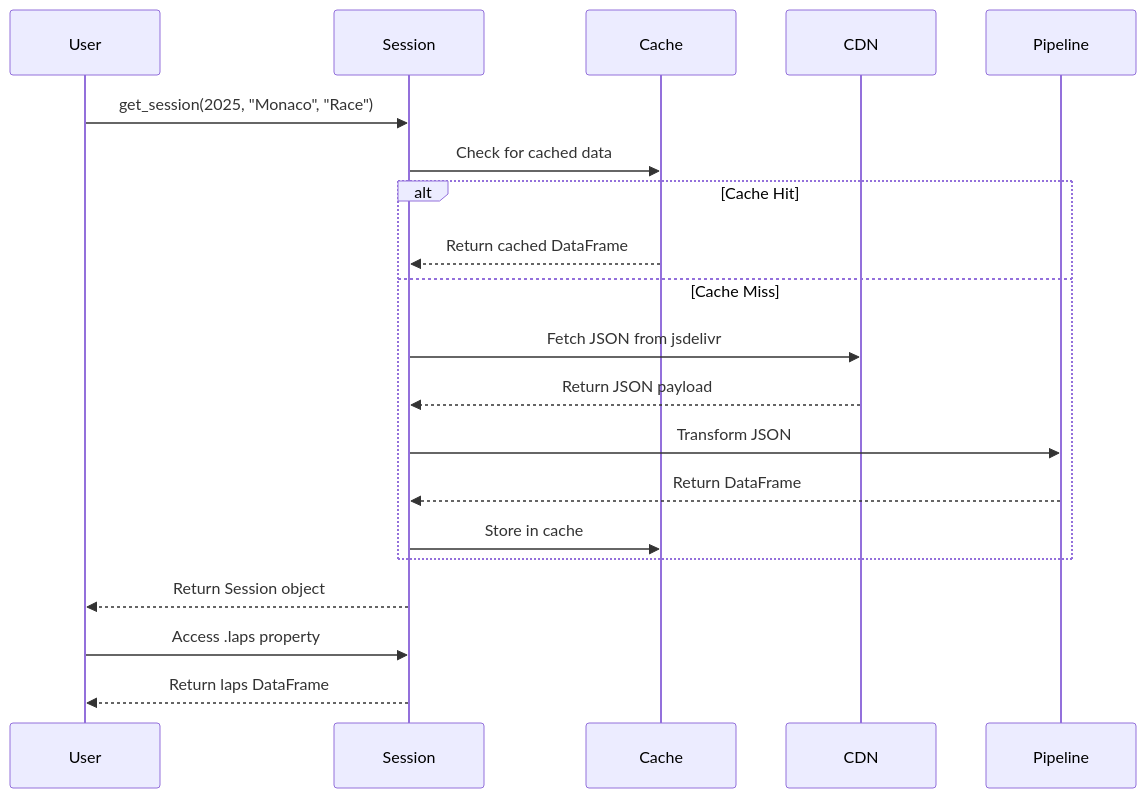
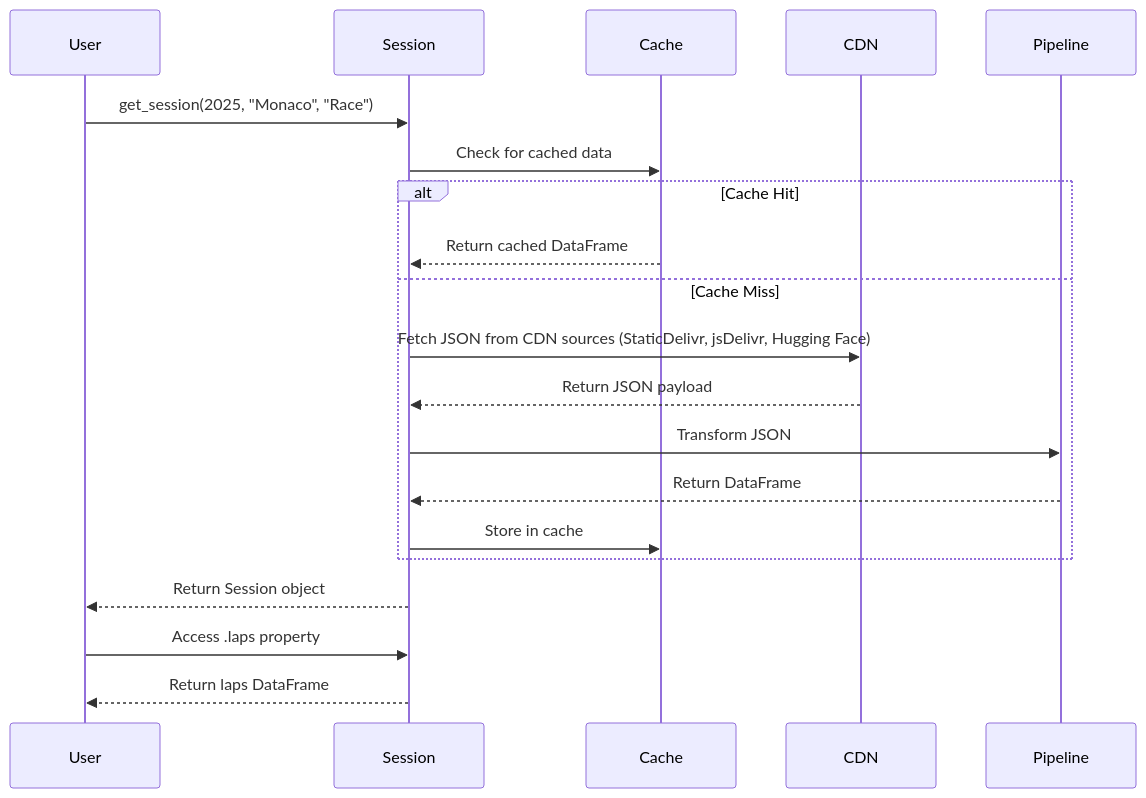
The second of 2 diagrams in docs/architecture.mdx (TracingInsights/tif1), drawn with Mermaid before and after one commit. The commit also changed other lines of this file and 64 other files, not shown here.

````diff
--- a/docs/architecture.mdx
+++ b/docs/architecture.mdx
@@ -49,23 +49,23 @@
 ```mermaid
 sequenceDiagram
     participant User
     participant Session
     participant Cache
     participant CDN
     participant Pipeline
 
     User->>Session: get_session(2025, "Monaco", "Race")
     Session->>Cache: Check for cached data
     alt Cache Hit
         Cache-->>Session: Return cached DataFrame
     else Cache Miss
-        Session->>CDN: Fetch JSON from jsdelivr
+        Session->>CDN: Fetch JSON from CDN sources (StaticDelivr, jsDelivr, Hugging Face)
         CDN-->>Session: Return JSON payload
         Session->>Pipeline: Transform JSON
         Pipeline-->>Session: Return DataFrame
         Session->>Cache: Store in cache
     end
     Session-->>User: Return Session object
     User->>Session: Access .laps property
     Session-->>User: Return laps DataFrame
 ```
````
